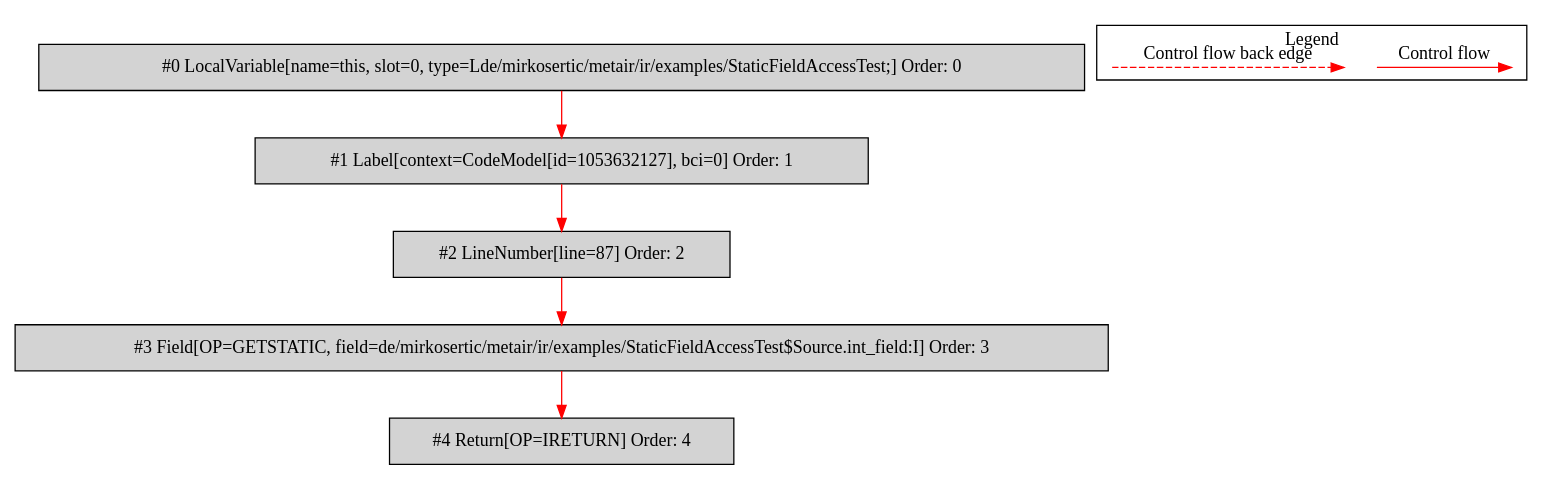
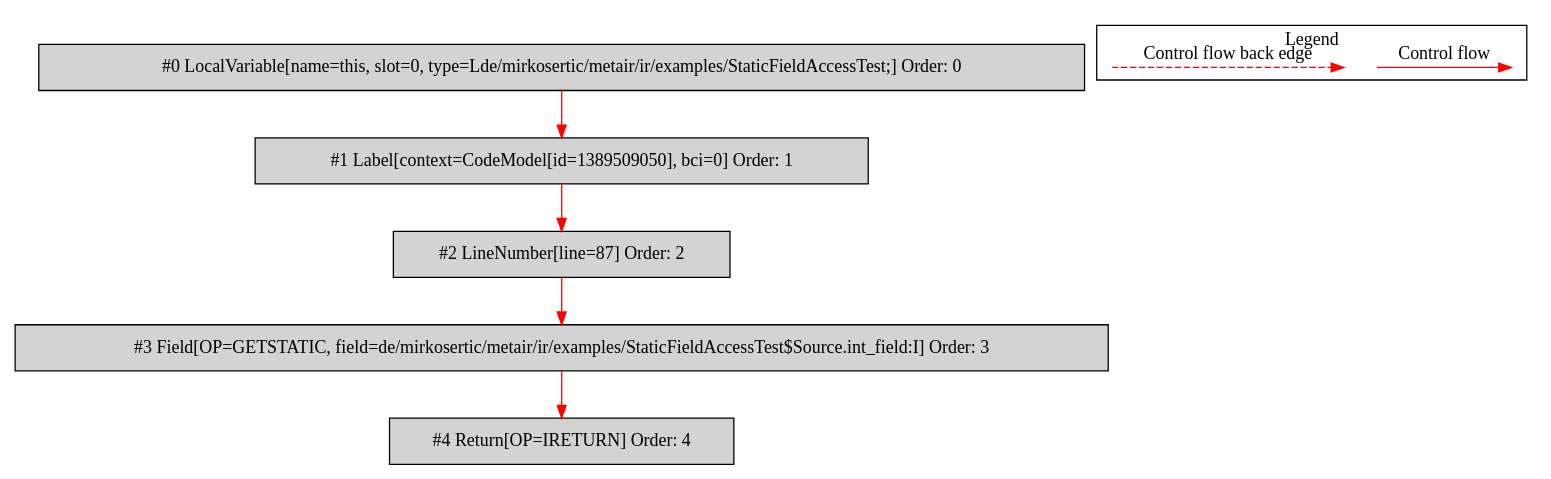
One commit to mirkosertic/MetaIR changed the diagram in de.mirkosertic.metair.ir.examples.StaticFieldAccessTest/return_int/bytecodecfg.dot. Above: the diagram before and after it, drawn with Graphviz. The commit also changed 1238 other files, not shown here.

```diff
--- a/de.mirkosertic.metair.ir.examples.StaticFieldAccessTest/return_int/bytecodecfg.dot
+++ b/de.mirkosertic.metair.ir.examples.StaticFieldAccessTest/return_int/bytecodecfg.dot
@@ -1,26 +1,26 @@
 digraph {
  ordering="in";
  node0[label="#0 LocalVariable[name=this, slot=0, type=Lde/mirkosertic/metair/ir/examples/StaticFieldAccessTest;] Order: 0", shape=box, fillcolor=lightgrey, style=filled];
- node1[label="#1 Label[context=CodeModel[id=1053632127], bci=0] Order: 1", shape=box, fillcolor=lightgrey, style=filled];
+ node1[label="#1 Label[context=CodeModel[id=1389509050], bci=0] Order: 1", shape=box, fillcolor=lightgrey, style=filled];
  node2[label="#2 LineNumber[line=87] Order: 2", shape=box, fillcolor=lightgrey, style=filled];
  node3[label="#3 Field[OP=GETSTATIC, field=de/mirkosertic/metair/ir/examples/StaticFieldAccessTest$Source.int_field:I] Order: 3", shape=box, fillcolor=lightgrey, style=filled];
  node4[label="#4 Return[OP=IRETURN] Order: 4", shape=box, fillcolor=lightgrey, style=filled];
  node0 -> node1[color=red];
  node1 -> node2[color=red];
  node2 -> node3[color=red];
  node3 -> node4[color=red];
  subgraph cluster_000 {
   label = "Legend";
   node [shape=point]
   {
    rank=same;
    c0 [style = invis];
    c1 [style = invis];
    c2 [style = invis];
    c3 [style = invis];
   }
   c0 -> c1 [label="Control flow", style=solid, color=red]
   c2 -> c3 [label="Control flow back edge", style=dashed, color=red]
  }
 
 }
```
